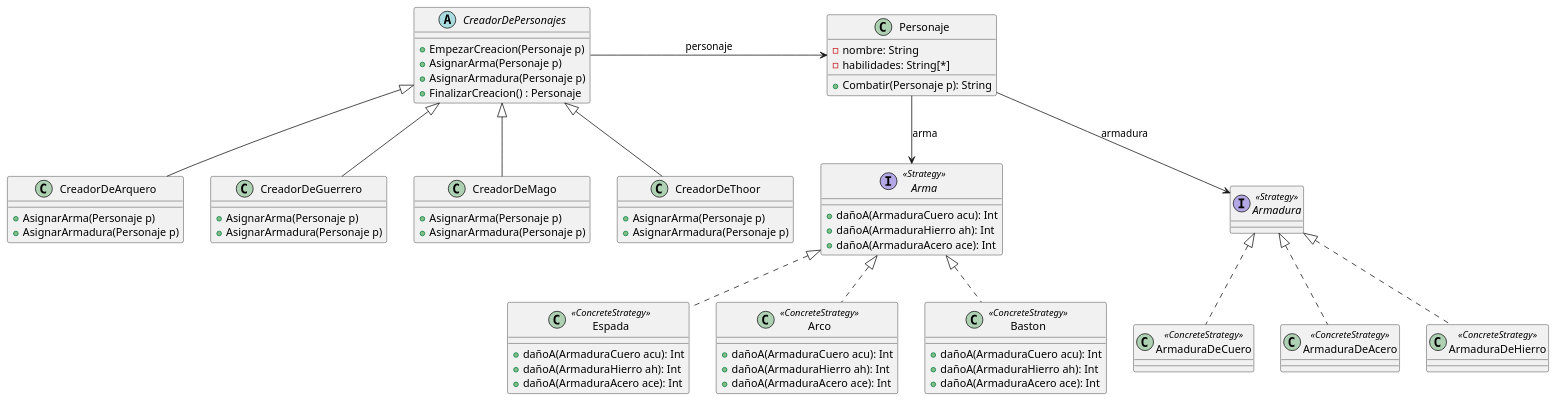
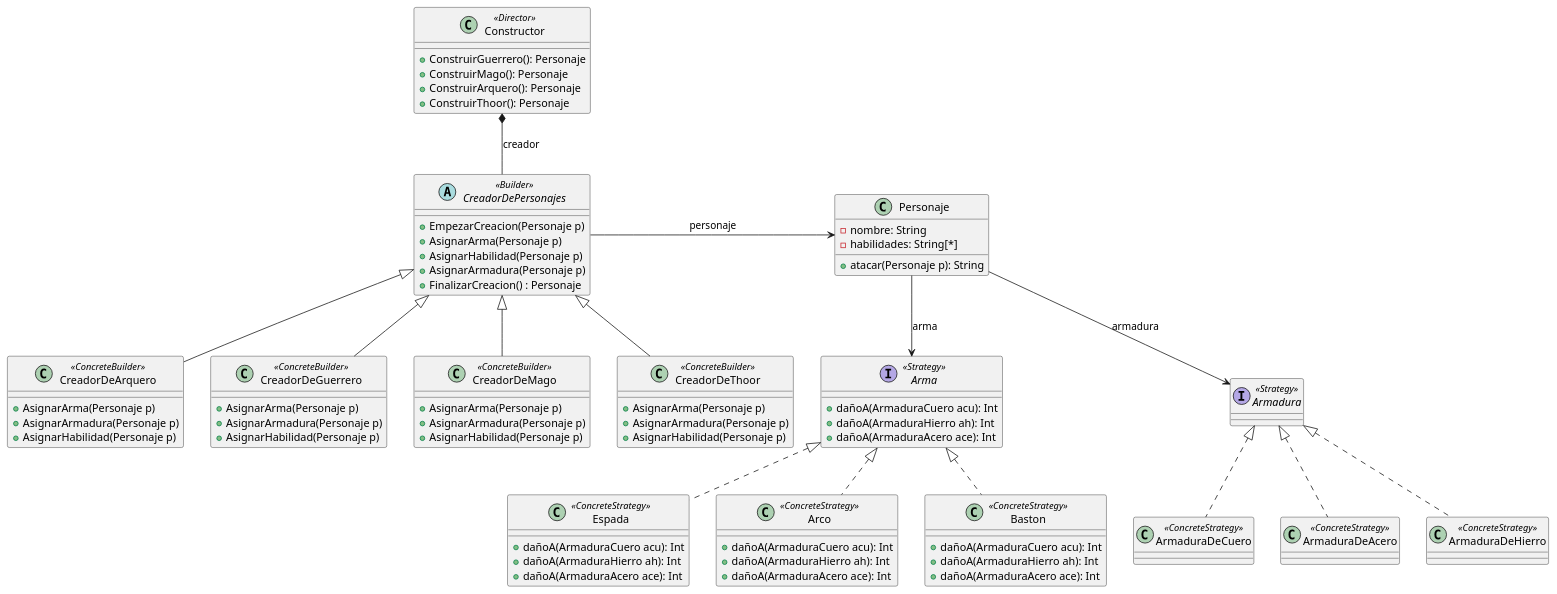
One commit to BautistaMarquez/Tercero-PrimerCuatrimestre changed the diagram in Objetos 2/UMLs/Ejercicio20Patrones.puml. Above: the diagram before and after it, drawn with PlantUML. The commit also changed 3 other files, not shown here.

```diff
--- a/Objetos 2/UMLs/Ejercicio20Patrones.puml
+++ b/Objetos 2/UMLs/Ejercicio20Patrones.puml
@@ -1,97 +1,112 @@
 @startuml Ejercicio20
 
 Arma <|.. Espada
 Arma <|.. Arco
 Arma <|.. Baston
 Armadura <|.. ArmaduraDeCuero
 Armadura <|.. ArmaduraDeAcero
 Armadura <|.. ArmaduraDeHierro
 Personaje --> Arma : arma 
 Personaje --> Armadura : armadura 
 CreadorDePersonajes -> Personaje : personaje
 CreadorDePersonajes <|-- CreadorDeArquero
 CreadorDePersonajes <|-- CreadorDeGuerrero
 CreadorDePersonajes <|-- CreadorDeMago
 CreadorDePersonajes <|-- CreadorDeThoor
+Constructor *-- CreadorDePersonajes : creador
 
 'Estaba en la duda de hacer una Strategy con los personajes, pero entiendo que justamente tienen el nombre para Identificarse entonces lo mas sensato es hacer un Strategy de Armadura y la clase Personaje se diferencia de otra por su nombre.
 
 'Para crear los personajes, uso un Builder? Pq deberia tener dos directores que indiquen el orden, ya que el mago tiene 2 habilidades y el guerrero 1 (Entiendo que el arquero tendria combate a distancia aunque no diga nada).
 
 interface Arma <<Strategy>>{
     +dañoA(ArmaduraCuero acu): Int 
     +dañoA(ArmaduraHierro ah): Int 
     +dañoA(ArmaduraAcero ace): Int 
 }
 
 class Espada <<ConcreteStrategy>>{
     +dañoA(ArmaduraCuero acu): Int 
     +dañoA(ArmaduraHierro ah): Int 
     +dañoA(ArmaduraAcero ace): Int 
 }
 
 class Arco <<ConcreteStrategy>>{
     +dañoA(ArmaduraCuero acu): Int 
     +dañoA(ArmaduraHierro ah): Int 
     +dañoA(ArmaduraAcero ace): Int 
 }
 
 Class Baston <<ConcreteStrategy>>{
     +dañoA(ArmaduraCuero acu): Int 
     +dañoA(ArmaduraHierro ah): Int 
     +dañoA(ArmaduraAcero ace): Int 
 }
 
-'El String seria para saber si gano o perdio? Aunque en realidad los dos reciben daño.
+'El String seria para saber si gano o perdio? Aunque en realidad los dos reciben daño. Supuestamente el que ataca nada mas hace daño, en este caso.
+'En vez de combatir le pongo atacar.
 class Personaje{
     -nombre: String
     -habilidades: String[*]
-    +Combatir(Personaje p): String 
+    +atacar(Personaje p): String 
 }
 
 'Lo que me hace ruido, es que queda vacia porque no tiene una defenesa o un algo que le pueda aplicar. 
 'Sino que hago, lo identifico por un String?
 'Pq encima no tienen algo que sea defensa contra 
 interface Armadura <<Strategy>>{ 
 
 }
 
 class ArmaduraDeCuero <<ConcreteStrategy>>{
 
 }
 
 class ArmaduraDeHierro <<ConcreteStrategy>>{
 
 }
 
 class ArmaduraDeAcero <<ConcreteStrategy>>{
 
 }
 
-abstract class CreadorDePersonajes{
+'Utilizo varios metodos debido al orden y cantidad de armas/habilidades. Se pueden usar varios metodos de esta forma en un director o un director es igual a un metodo/orden.
+class Constructor <<Director>>{
+    +ConstruirGuerrero(): Personaje
+    +ConstruirMago(): Personaje
+    +ConstruirArquero(): Personaje
+    +ConstruirThoor(): Personaje
+}
+
+abstract class CreadorDePersonajes <<Builder>>{
     +EmpezarCreacion(Personaje p)
     +AsignarArma(Personaje p)
+    +AsignarHabilidad(Personaje p)
     +AsignarArmadura(Personaje p)
     +FinalizarCreacion() : Personaje
 }
 
-class CreadorDeGuerrero{
+class CreadorDeGuerrero <<ConcreteBuilder>>{
     +AsignarArma(Personaje p)
     +AsignarArmadura(Personaje p)
+    +AsignarHabilidad(Personaje p)
 }
 
-class CreadorDeArquero{
+class CreadorDeArquero <<ConcreteBuilder>>{
     +AsignarArma(Personaje p)
     +AsignarArmadura(Personaje p)
+    +AsignarHabilidad(Personaje p)
 }
 
-class CreadorDeMago{
+class CreadorDeMago <<ConcreteBuilder>>{
     +AsignarArma(Personaje p)
     +AsignarArmadura(Personaje p)
+    +AsignarHabilidad(Personaje p)
 }
 
-class CreadorDeThoor{
+class CreadorDeThoor <<ConcreteBuilder>>{
     +AsignarArma(Personaje p)
     +AsignarArmadura(Personaje p)
+    +AsignarHabilidad(Personaje p)
 }
 @enduml
```
